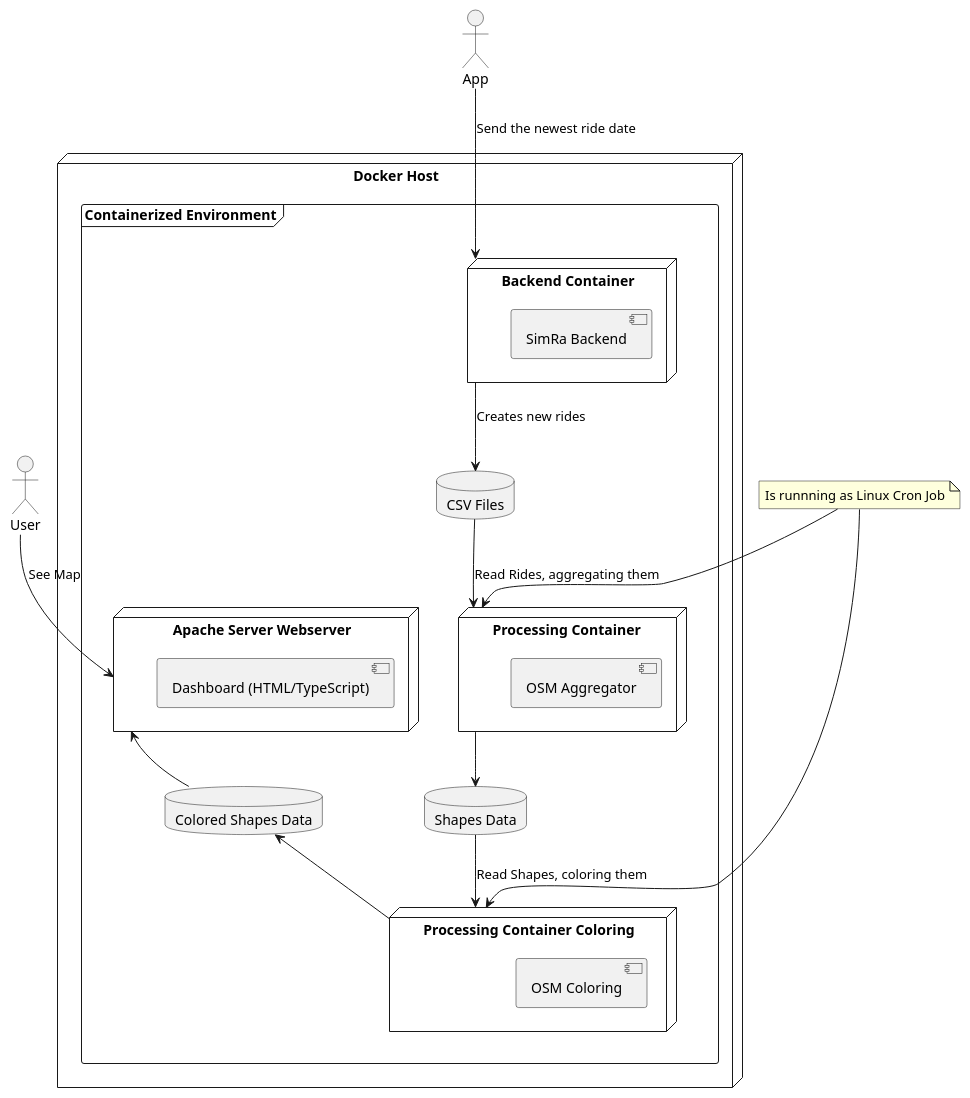
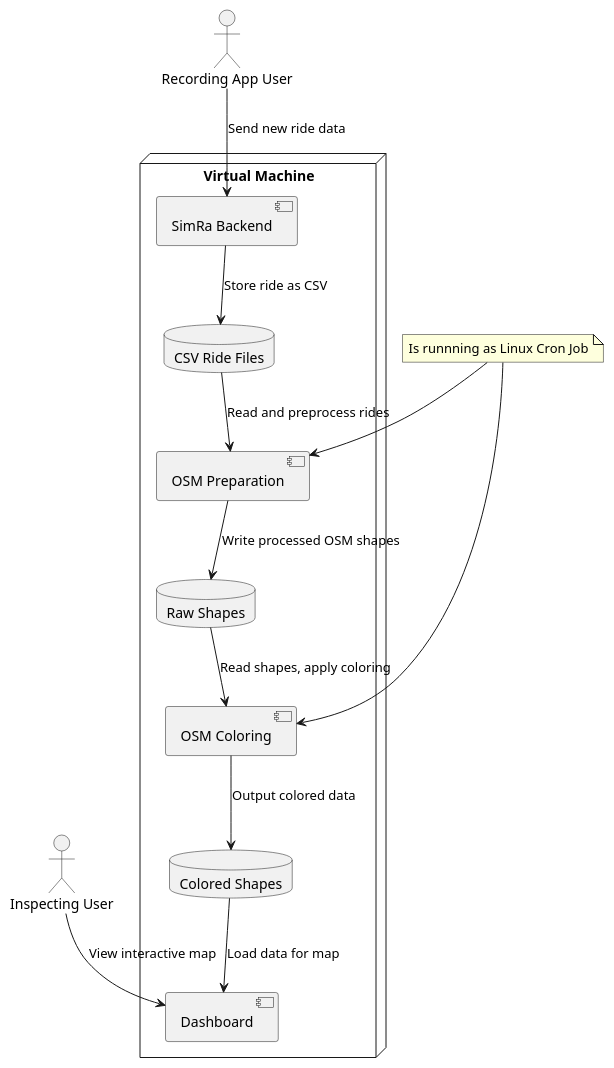
The diagram in documentation/uml/DeploymentCurrentState.puml (KonsumGandalf/simra), drawn with PlantUML before and after one commit. The commit also changed 60 other files, not shown here.

```diff
--- a/documentation/uml/DeploymentCurrentState.puml
+++ b/documentation/uml/DeploymentCurrentState.puml
@@ -1,43 +1,35 @@
 @startuml
-actor "User" as User
-actor App
 
-node "Docker Host" as DockerHost {
-    frame "Containerized Environment" {
+actor "Inspecting User" as User
+actor "Recording App User" as App
 
-        node "Apache Server Webserver" as Dashboard {
-            [Dashboard (HTML/TypeScript)]
-        }
-        database "Colored Shapes Data" as OSMColoredShapes
-        database "Shapes Data" as OSMShapes
-        database "CSV Files" as CSV
+node "Virtual Machine" as VM {
 
-        node "Processing Container " as OSMAggregator {
-            [OSM Aggregator]
-        }
+    component Dashboard
 
-        node "Processing Container Coloring" as OSMColoring {
-            [OSM Coloring]
-        }
+    database "Colored Shapes" as OSMColoredShapes
+    database "Raw Shapes" as OSMShapes
+    database "CSV Ride Files" as CSV
 
-        node "Backend Container" as Backend {
-            [SimRa Backend]
-        }
-    }
+    component "OSM Preparation" as OSMPreparation
+    component "OSM Coloring" as OSMColoring
+    component "SimRa Backend" as Backend
+
 }
 
 note "Is runnning as Linux Cron Job" as cron_note
-cron_note -down-> OSMAggregator
+cron_note -down-> OSMPreparation
 cron_note -down-> OSMColoring
 
-App -down-> Backend: Send the newest ride date
-Backend -down-> CSV: Creates new rides
-CSV -down-> OSMAggregator: Read Rides, aggregating them
-OSMAggregator --> OSMShapes
-OSMShapes --> OSMColoring: Read Shapes, coloring them
-OSMColoring -up-> OSMColoredShapes
+App --> Backend : Send new ride data
+Backend --> CSV : Store ride as CSV
 
-OSMColoredShapes -up-> Dashboard
-User -down-> Dashboard: See Map
+CSV --> OSMPreparation : Read and preprocess rides
+OSMPreparation --> OSMShapes : Write processed OSM shapes
+OSMShapes --> OSMColoring : Read shapes, apply coloring
+OSMColoring --> OSMColoredShapes : Output colored data
+
+OSMColoredShapes --> Dashboard : Load data for map
+User --> Dashboard : View interactive map
 
 @enduml
```
